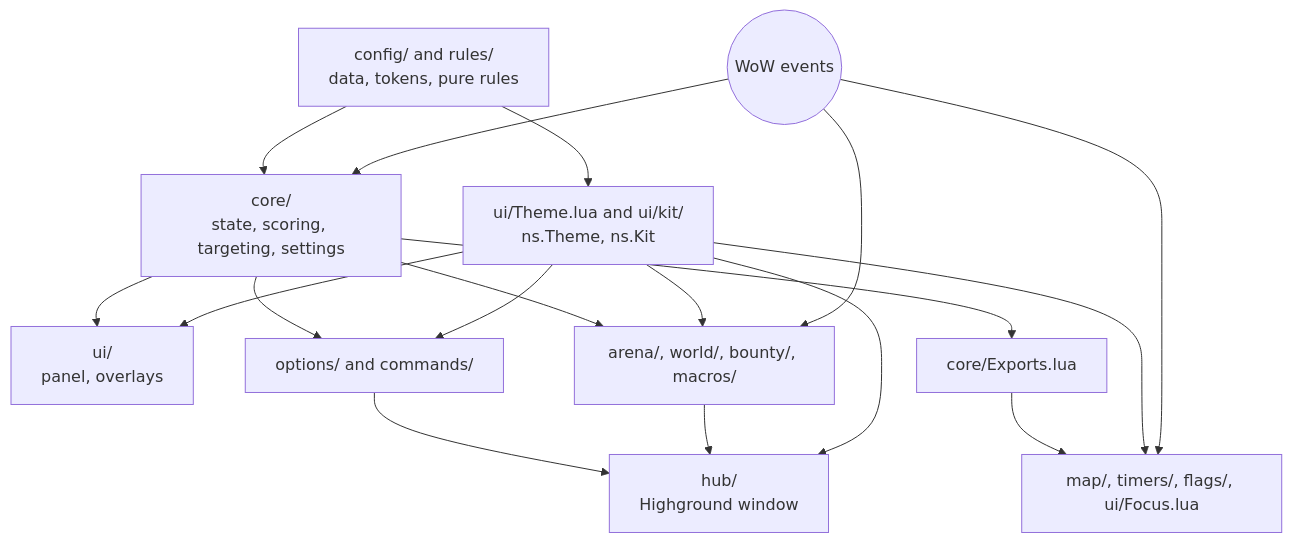
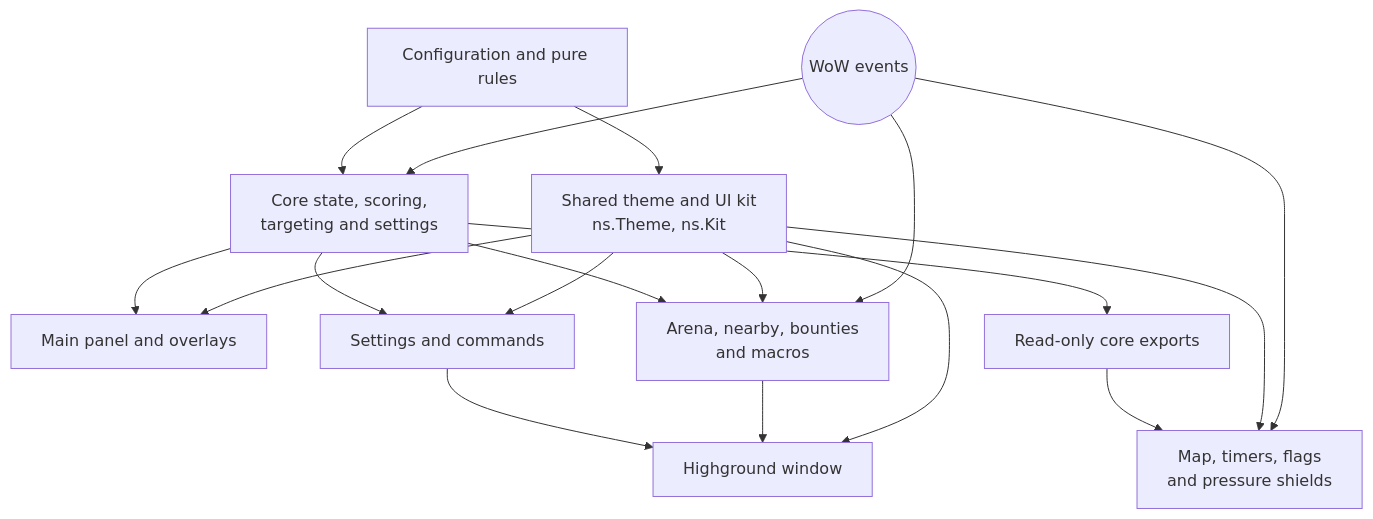
One commit to kemicofa/highground changed the second of 2 diagrams in addons/Highground/docs/development.md. Above: the diagram before and after it, drawn with Mermaid. The commit also changed other lines of this file and 27 other files, not shown here.

````diff
--- a/addons/Highground/docs/development.md
+++ b/addons/Highground/docs/development.md
@@ -82,13 +84,13 @@
 ```mermaid
 flowchart TD
-  CFG[config/ and rules/<br/>data, tokens, pure rules] --> CORE[core/<br/>state, scoring, targeting, settings]
-  CFG --> THEME[ui/Theme.lua and ui/kit/<br/>ns.Theme, ns.Kit]
-  CORE --> UI[ui/<br/>panel, overlays]
-  CORE --> OPT[options/ and commands/]
-  CORE --> EXP[core/Exports.lua]
-  EXP --> SUB[map/, timers/, flags/, ui/Focus.lua]
-  CORE --> FEAT[arena/, world/, bounty/, macros/]
-  OPT & FEAT --> HUB[hub/<br/>Highground window]
+  CFG[Configuration and pure rules] --> CORE[Core state, scoring,<br/>targeting and settings]
+  CFG --> THEME[Shared theme and UI kit<br/>ns.Theme, ns.Kit]
+  CORE --> UI[Main panel and overlays]
+  CORE --> OPT[Settings and commands]
+  CORE --> EXP[Read-only core exports]
+  EXP --> SUB[Map, timers, flags<br/>and pressure shields]
+  CORE --> FEAT[Arena, nearby, bounties<br/>and macros]
+  OPT & FEAT --> HUB[Highground window]
   THEME --> UI & OPT & SUB & FEAT & HUB
   EVT((WoW events)) --> CORE & SUB & FEAT
 ```
````
